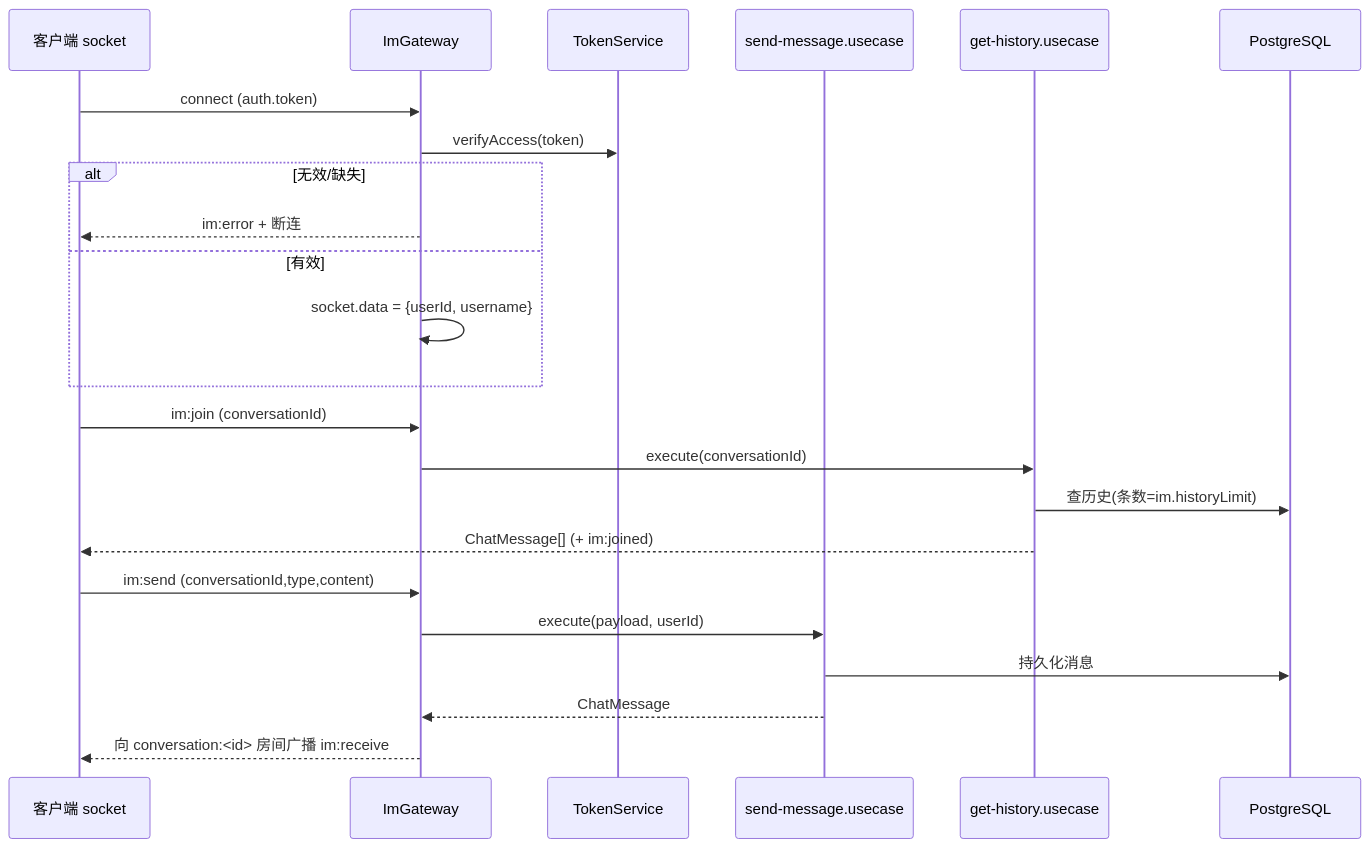
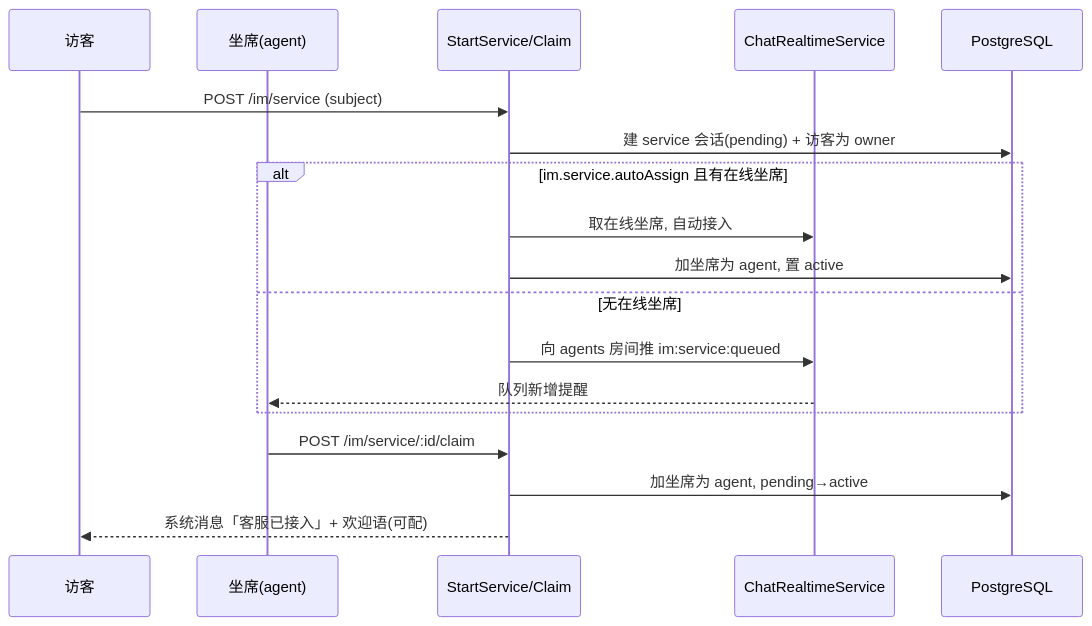
The second of 4 diagrams in docs/im.md (yiting001/E-sports-01), drawn with Mermaid before and after one commit. The commit also changed other lines of this file and 67 other files, not shown here.

````diff
--- a/docs/im.md
+++ b/docs/im.md
@@ -41,28 +38,21 @@
 ```mermaid
 sequenceDiagram
-  participant C as 客户端 socket
-  participant G as ImGateway
-  participant TK as TokenService
-  participant SU as send-message.usecase
-  participant GU as get-history.usecase
+  participant V as 访客
+  participant A as 坐席(agent)
+  participant S as StartService/Claim
+  participant RT as ChatRealtimeService
   participant DB as PostgreSQL
 
-  C->>G: connect (auth.token)
-  G->>TK: verifyAccess(token)
-  alt 无效/缺失
-    G-->>C: im:error + 断连
-  else 有效
-    G->>G: socket.data = {userId, username}
+  V->>S: POST /im/service (subject)
+  S->>DB: 建 service 会话(pending) + 访客为 owner
+  alt im.service.autoAssign 且有在线坐席
+    S->>RT: 取在线坐席, 自动接入
+    S->>DB: 加坐席为 agent, 置 active
+  else 无在线坐席
+    S->>RT: 向 agents 房间推 im:service:queued
+    RT-->>A: 队列新增提醒
   end
-
-  C->>G: im:join (conversationId)
-  G->>GU: execute(conversationId)
-  GU->>DB: 查历史(条数=im.historyLimit)
-  GU-->>C: ChatMessage[] (+ im:joined)
-
-  C->>G: im:send (conversationId,type,content)
-  G->>SU: execute(payload, userId)
-  SU->>DB: 持久化消息
-  SU-->>G: ChatMessage
-  G-->>C: 向 conversation:<id> 房间广播 im:receive
+  A->>S: POST /im/service/:id/claim
+  S->>DB: 加坐席为 agent, pending→active
+  S-->>V: 系统消息「客服已接入」+ 欢迎语(可配)
 ```
````
